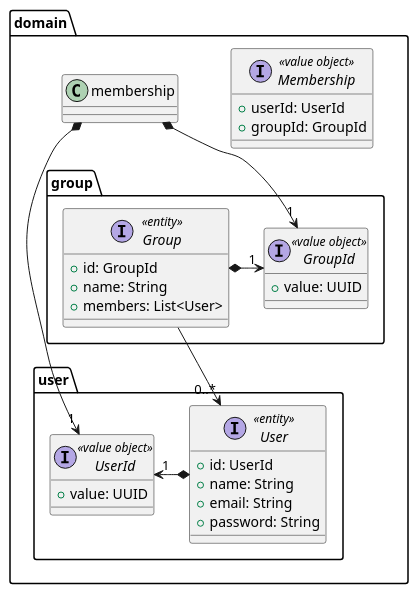
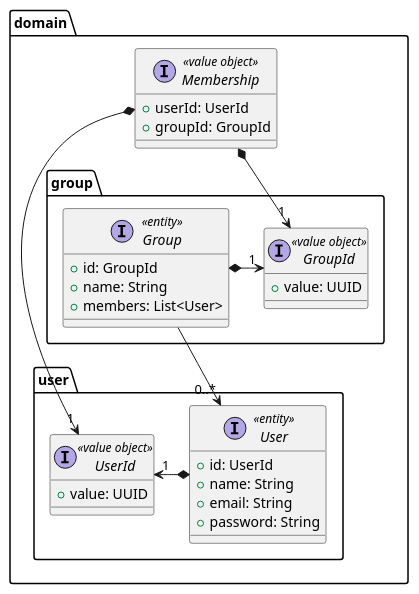
Before and after one commit to position-pal/Documentation: the first of 3 diagrams in content/docs/4-detailed-design/5-user-groups-service.md, drawn with PlantUML. The commit also changed 12 other files, not shown here.

````diff
--- a/content/docs/4-detailed-design/5-user-groups-service.md
+++ b/content/docs/4-detailed-design/5-user-groups-service.md
@@ -18,40 +18,40 @@
 ```plantuml 
 @startuml user-group-service-structure
 package domain {
   package user {
     interface User <<entity>> {
       + id: UserId
       + name: String
       + email: String
       + password: String
     }
     interface UserId <<value object>> {
       + value: UUID
     }
     User *-right-> "1" UserId
   }
 
 
   interface Membership <<value object>>{
     + userId: UserId
     + groupId: GroupId
   }
 
   package group {
     interface Group <<entity>> {
       + id: GroupId
       + name: String
       + members: List<User>
     }
     interface GroupId <<value object>> {
       + value: UUID
     }
     Group *-right-> "1" GroupId
     Group --> "0..*" User
   }
 
-  membership *-down-> "1" UserId
-  membership *-down-> "1" GroupId
+  Membership *-down-> "1" UserId
+  Membership *-down-> "1" GroupId
 }
 @enduml
 ```
````
